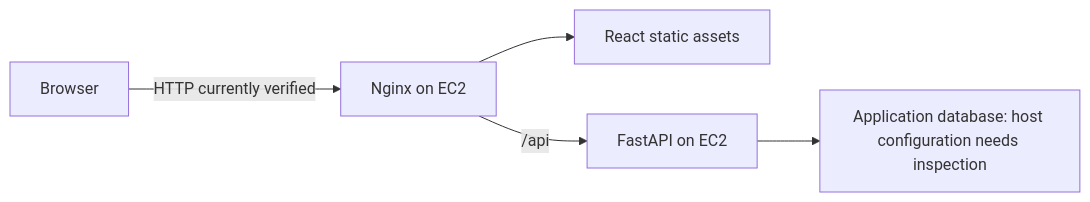
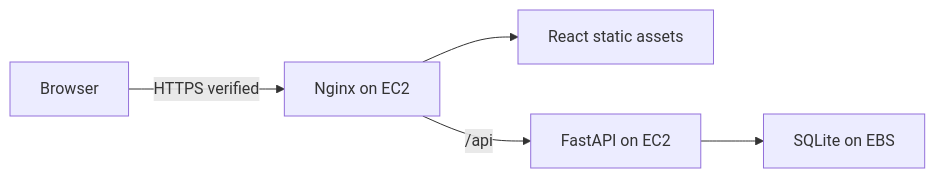
The diagram in docs/aws-architecture.md (Ahanaful/CampusShift), drawn with Mermaid before and after one commit. The commit also changed other lines of this file and 84 other files, not shown here.

Commit message:
Harden EC2 deployment with HTTPS and SQLite backups

````diff
--- a/docs/aws-architecture.md
+++ b/docs/aws-architecture.md
@@ -5,7 +5,7 @@
 ```mermaid
 flowchart LR
-    Browser -->|HTTP currently verified| Nginx[Nginx on EC2]
+    Browser -->|HTTPS verified| Nginx[Nginx on EC2]
     Nginx --> Assets[React static assets]
     Nginx -->|/api| API[FastAPI on EC2]
-    API --> Data[Application database: host configuration needs inspection]
+    API --> Data[SQLite on EBS]
 ```
````
